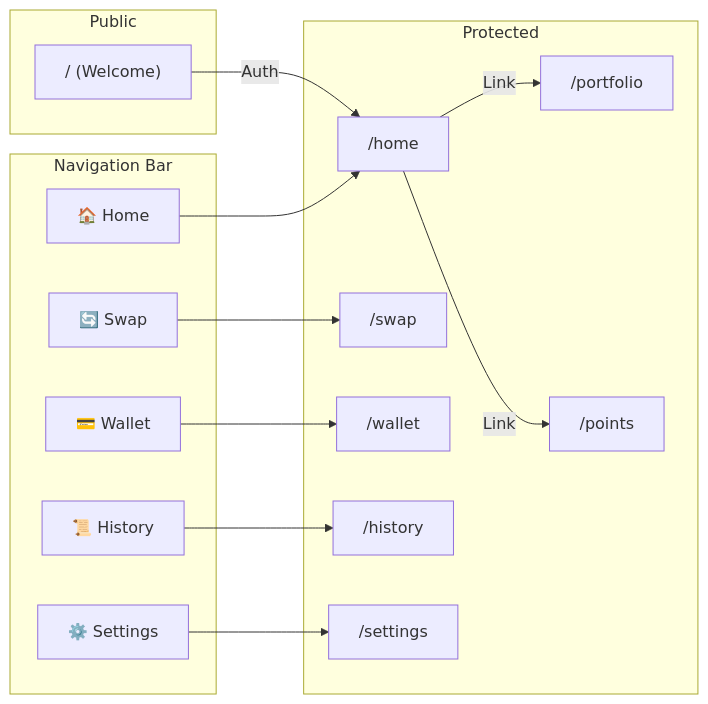
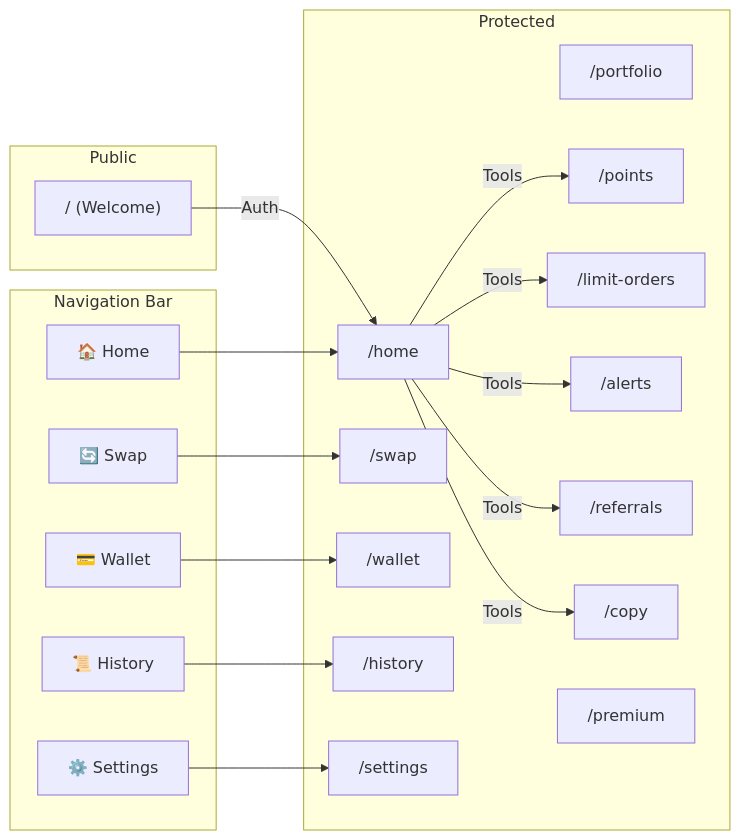
One commit to 0xSoftBoi/suwappubot changed the third of 5 diagrams in docs/WEBAPP_FEATURES.md. Above: the diagram before and after it, drawn with Mermaid. The commit also changed other lines of this file and 4 other files, not shown here.

````diff
--- a/docs/WEBAPP_FEATURES.md
+++ b/docs/WEBAPP_FEATURES.md
@@ -126,34 +126,42 @@
 ```mermaid
 graph LR
     subgraph "Public"
         R1["/ (Welcome)"]
     end
     
     subgraph "Protected"
         R2["/home"]
         R3["/swap"]
         R4["/wallet"]
         R5["/portfolio"]
         R6["/history"]
         R7["/points"]
-        R8["/settings"]
+        R8["/limit-orders"]
+        R9["/alerts"]
+        R10["/referrals"]
+        R11["/copy"]
+        R12["/premium"]
+        R13["/settings"]
     end
     
     subgraph "Navigation Bar"
         N1[🏠 Home]
         N2[💳 Wallet]
         N3[🔄 Swap]
         N4[📜 History]
         N5[⚙️ Settings]
     end
     
     R1 -->|Auth| R2
     N1 --> R2
     N2 --> R4
     N3 --> R3
     N4 --> R6
-    N5 --> R8
+    N5 --> R13
     
-    R2 -->|Link| R7
-    R2 -->|Link| R5
+    R2 -->|Tools| R7
+    R2 -->|Tools| R8
+    R2 -->|Tools| R9
+    R2 -->|Tools| R10
+    R2 -->|Tools| R11
 ```
````
